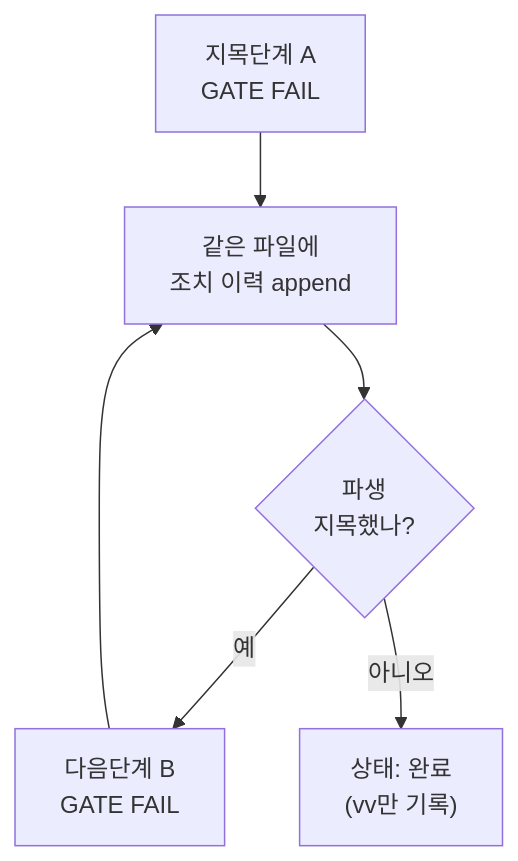
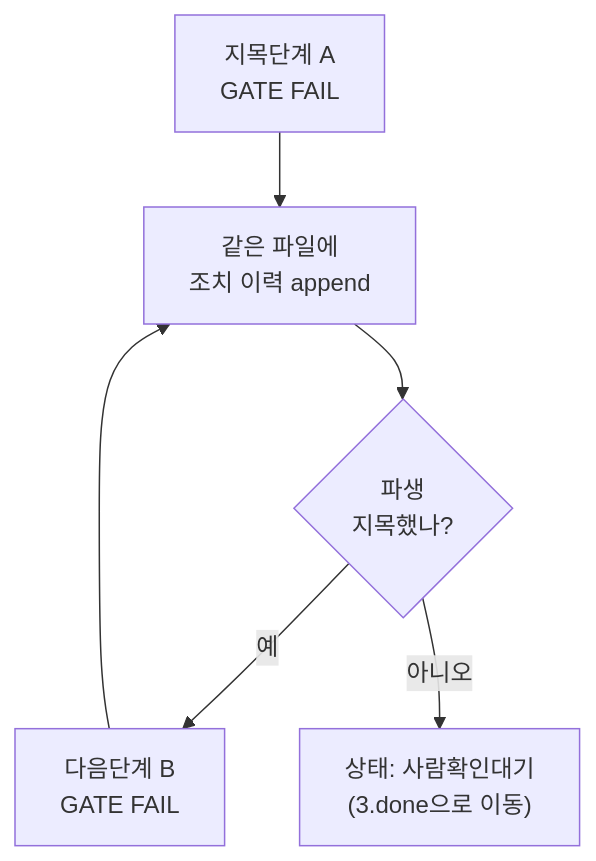
Before and after one commit to jby2199/IDMA: the third of 3 diagrams in issue/README.md, drawn with Mermaid. The commit also changed other lines of this file and 4 other files, not shown here.

````diff
--- a/issue/README.md
+++ b/issue/README.md
@@ -47,14 +50,14 @@
 ```mermaid
 flowchart TB
     G1["지목단계 A<br/>GATE FAIL"]
     ACT["같은 파일에<br/>조치 이력 append"]
     CHK{"파생<br/>지목했나?"}
     G2["다음단계 B<br/>GATE FAIL"]
-    DONE["상태: 완료<br/>(vv만 기록)"]
+    DONE["상태: 사람확인대기<br/>(3.done으로 이동)"]
 
     G1 --> ACT
     ACT --> CHK
     CHK -->|"예"| G2
     CHK -->|"아니오"| DONE
     G2 --> ACT
 ```
````
